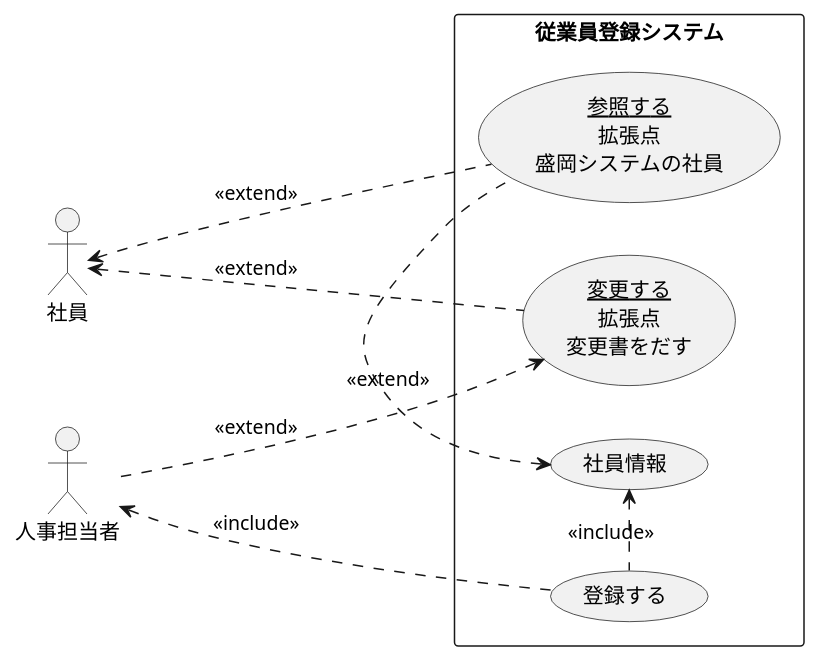
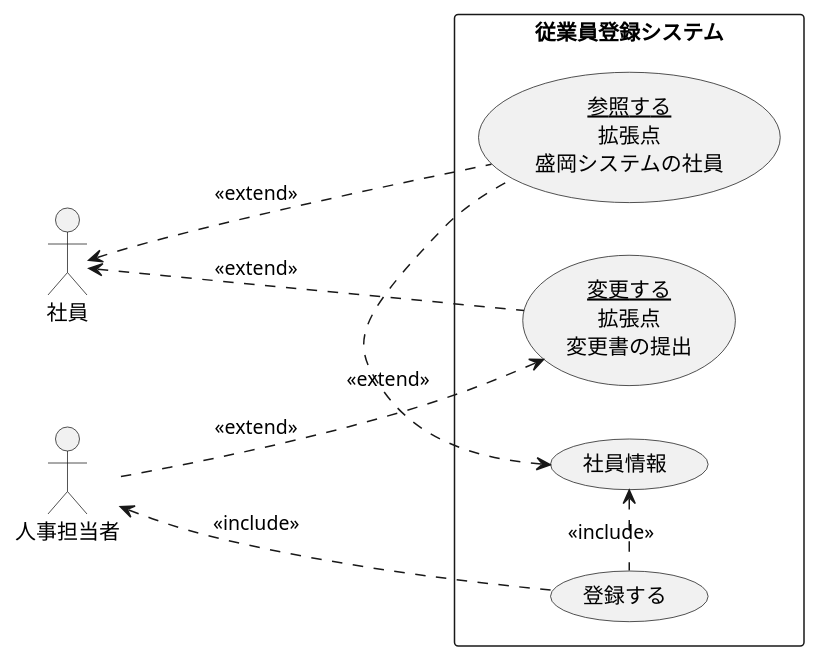
Before and after one commit to tomatocafe123/uml_introduction: the diagram in 演習2-6_盛岡システム_従業員登録システム.pu, drawn with PlantUML.

Commit message:
演習2-6の修正

```diff
--- a/演習2-6_盛岡システム_従業員登録システム.pu
+++ b/演習2-6_盛岡システム_従業員登録システム.pu
@@ -1,15 +1,15 @@
 @startuml ユースケース図
 rectangle 従業員登録システム{
     left to right direction
     usecase 登録する
-    usecase (<u>変更する</u>\n拡張点\n変更書をだす) as change
+    usecase (<u>変更する</u>\n拡張点\n変更書の提出) as update
     usecase 社員情報
     usecase (<u>参照する</u>\n拡張点\n盛岡システムの社員) as input
 }
 人事担当者 <... 登録する : <<include>>
 社員情報 <.登録する : <<include>>
 社員 <... (input) : <<extend>>
 社員情報 <. input : <<extend>>
-社員 <. change   :<<extend>>
-change <.人事担当者 :<<extend>>
+社員 <. update   :<<extend>>
+update <.人事担当者 :<<extend>>
 @enduml 
```
